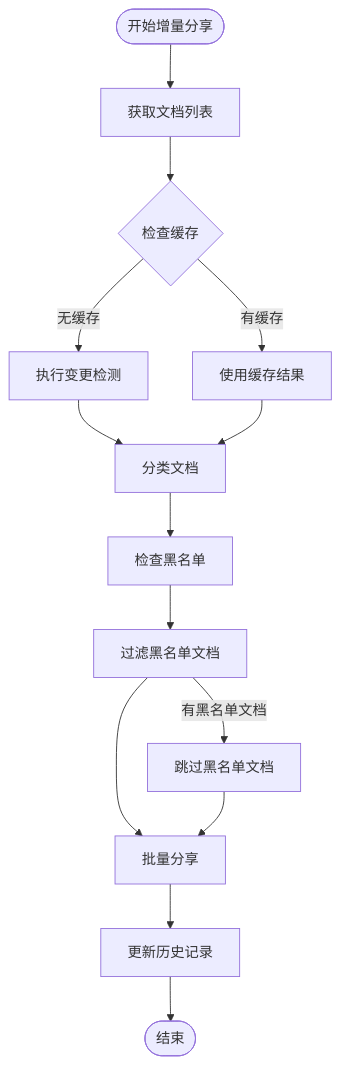
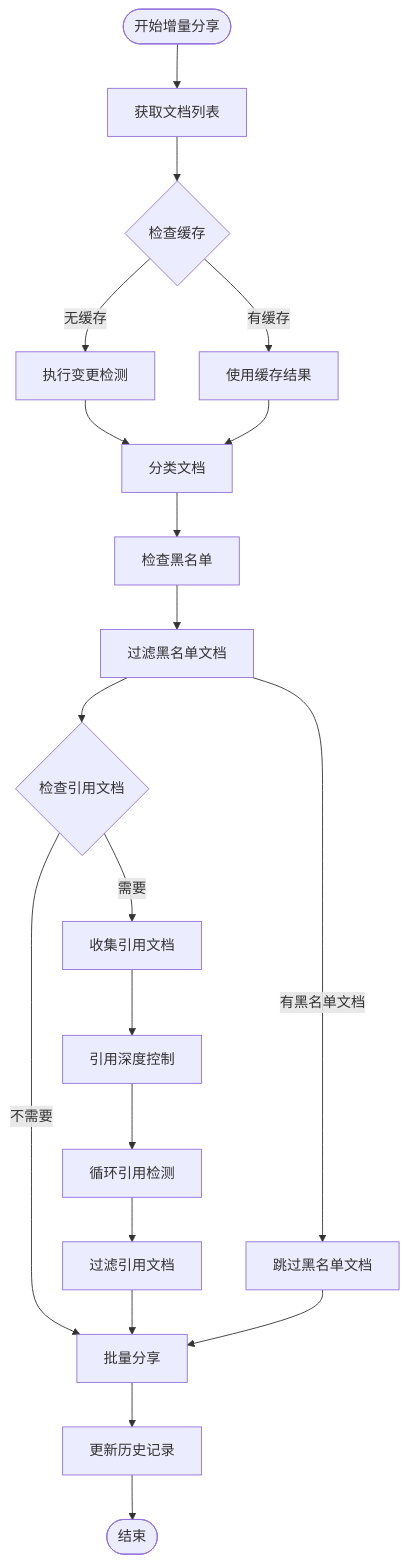
Before and after one commit to terwerinc/siyuan-plugin-share-pro: the fifth of 11 diagrams in .qoder/repowiki/zh/content/引用文档分享规范.md, drawn with Mermaid. The commit also changed other lines of this file and 8 other files, not shown here.

````diff
--- a/.qoder/repowiki/zh/content/引用文档分享规范.md
+++ b/.qoder/repowiki/zh/content/引用文档分享规范.md
@@ -251,16 +297,22 @@
 ```mermaid
 flowchart TD
 Start([开始增量分享]) --> GetDocs[获取文档列表]
 GetDocs --> CheckCache{检查缓存}
 CheckCache --> |有缓存| UseCache[使用缓存结果]
 CheckCache --> |无缓存| DetectChanges[执行变更检测]
 DetectChanges --> ClassifyDocs[分类文档]
 UseCache --> ClassifyDocs
 ClassifyDocs --> CheckBlacklist[检查黑名单]
 CheckBlacklist --> FilterDocs[过滤黑名单文档]
-FilterDocs --> BatchShare[批量分享]
+FilterDocs --> CheckRefDocs{检查引用文档}
+CheckRefDocs --> |需要| CollectRefs[收集引用文档]
+CheckRefDocs --> |不需要| BatchShare[批量分享]
+CollectRefs --> RefDepthControl[引用深度控制]
+RefDepthControl --> CycleDetection[循环引用检测]
+CycleDetection --> FilterRefs[过滤引用文档]
+FilterRefs --> BatchShare
 BatchShare --> UpdateHistory[更新历史记录]
 UpdateHistory --> End([结束])
 FilterDocs --> |有黑名单文档| SkipDocs[跳过黑名单文档]
 SkipDocs --> BatchShare
 ```
````
